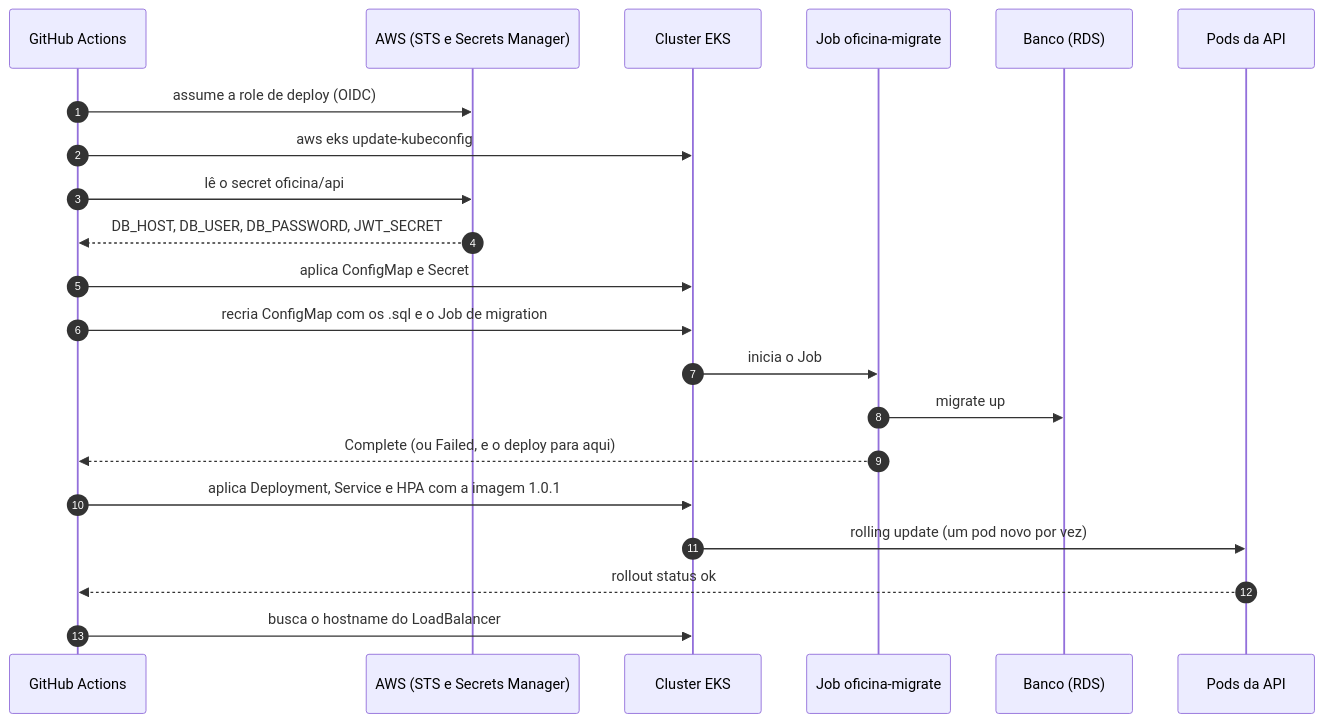
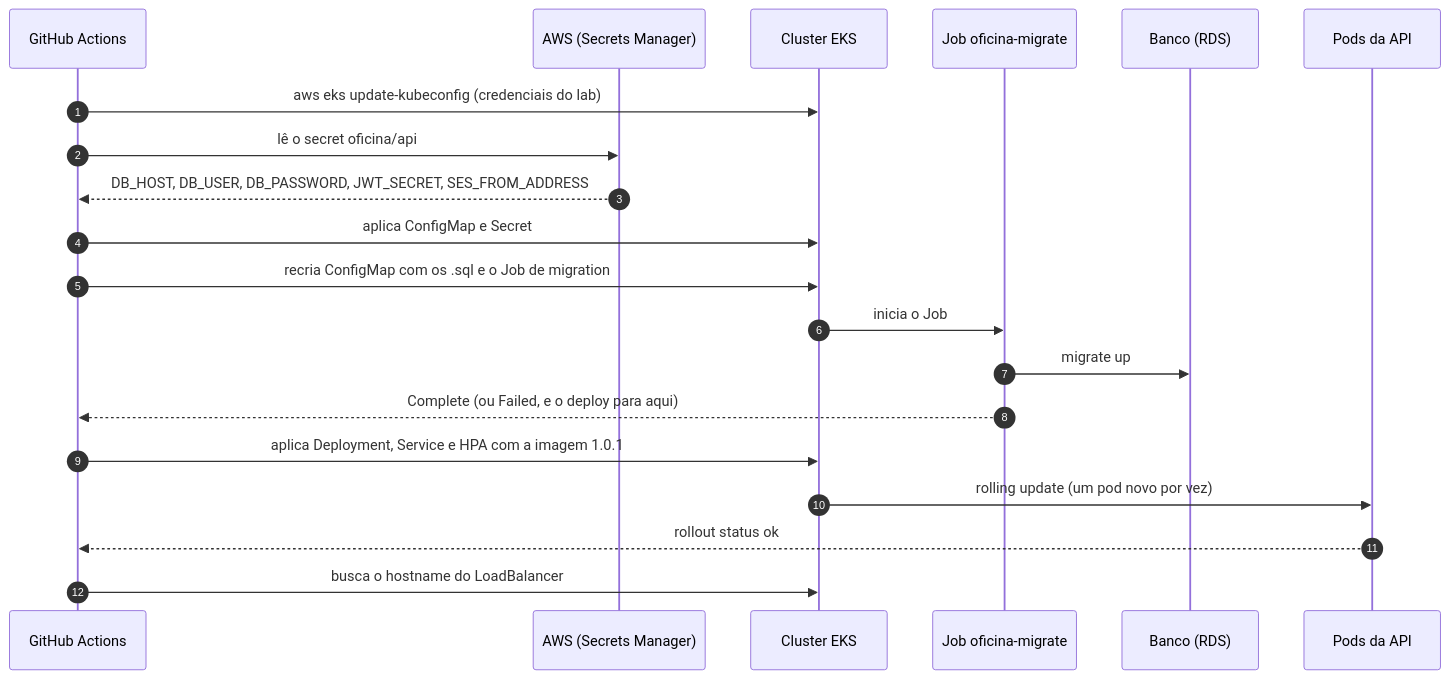
The fourth of 4 diagrams in docs/CI_CD.md (muriloperosa/soat-architecture), drawn with Mermaid before and after one commit. The commit also changed other lines of this file and 17 other files, not shown here.

First line of the commit message:
feat(infra): run terraform in CD with S3 state on AWS Learner Lab

````diff
--- a/docs/CI_CD.md
+++ b/docs/CI_CD.md
@@ -201,24 +201,23 @@
 ```mermaid
 sequenceDiagram
     autonumber
     participant GH as GitHub Actions
-    participant AWS as AWS (STS e Secrets Manager)
+    participant AWS as AWS (Secrets Manager)
     participant K as Cluster EKS
     participant J as Job oficina-migrate
     participant DB as Banco (RDS)
     participant API as Pods da API
 
-    GH->>AWS: assume a role de deploy (OIDC)
-    GH->>K: aws eks update-kubeconfig
+    GH->>K: aws eks update-kubeconfig (credenciais do lab)
     GH->>AWS: lê o secret oficina/api
-    AWS-->>GH: DB_HOST, DB_USER, DB_PASSWORD, JWT_SECRET
+    AWS-->>GH: DB_HOST, DB_USER, DB_PASSWORD, JWT_SECRET, SES_FROM_ADDRESS
     GH->>K: aplica ConfigMap e Secret
     GH->>K: recria ConfigMap com os .sql e o Job de migration
     K->>J: inicia o Job
     J->>DB: migrate up
     J-->>GH: Complete (ou Failed, e o deploy para aqui)
     GH->>K: aplica Deployment, Service e HPA com a imagem 1.0.1
     K->>API: rolling update (um pod novo por vez)
     API-->>GH: rollout status ok
     GH->>K: busca o hostname do LoadBalancer
 ```
````
